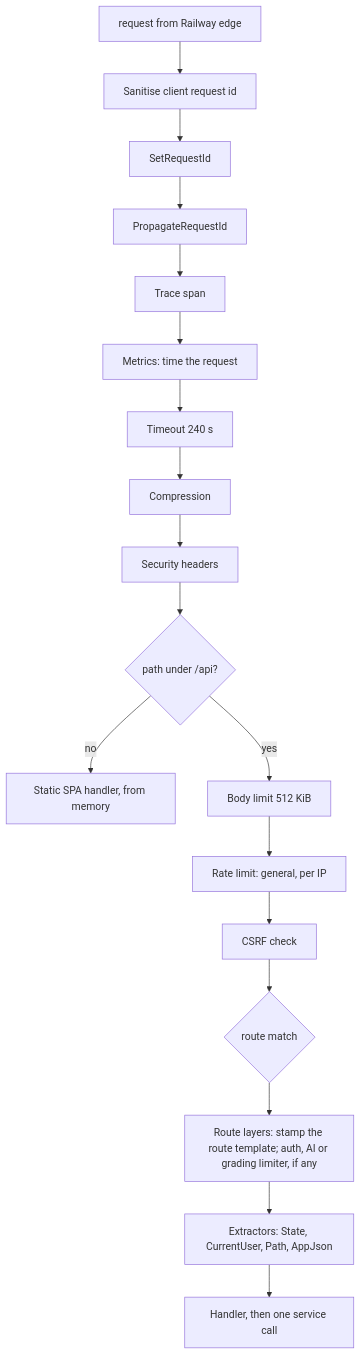
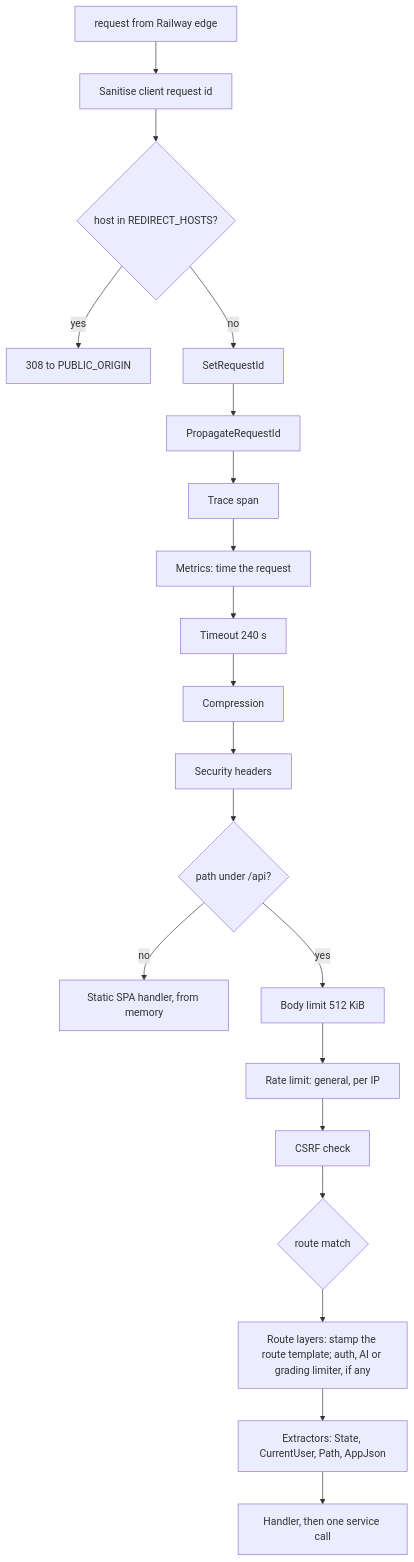
Before and after one commit to thull32/ascend: the first of 2 diagrams in content/tracks/14-case-study-ascend/01-the-system/02-anatomy-of-a-request.md, drawn with Mermaid. The commit also changed other lines of this file and 16 other files, not shown here.

````diff
--- a/content/tracks/14-case-study-ascend/01-the-system/02-anatomy-of-a-request.md
+++ b/content/tracks/14-case-study-ascend/01-the-system/02-anatomy-of-a-request.md
@@ -88,20 +90,22 @@
 ```mermaid
 flowchart TD
   RQ["request from Railway edge"] --> SN["Sanitise client request id"]
-  SN --> SR["SetRequestId"]
+  SN --> CH{"host in REDIRECT_HOSTS?"}
+  CH -->|yes| R308["308 to PUBLIC_ORIGIN"]
+  CH -->|no| SR["SetRequestId"]
   SR --> PR["PropagateRequestId"]
   PR --> TR["Trace span"]
   TR --> MR["Metrics: time the request"]
   MR --> TO["Timeout 240 s"]
   TO --> CO["Compression"]
   CO --> SH["Security headers"]
   SH --> P{"path under /api?"}
   P -->|no| SPA["Static SPA handler, from memory"]
   P -->|yes| BL["Body limit 512 KiB"]
   BL --> RL["Rate limit: general, per IP"]
   RL --> CS["CSRF check"]
   CS --> RT{"route match"}
   RT --> RLR["Route layers: stamp the route template; auth, AI or grading limiter, if any"]
   RLR --> EX["Extractors: State, CurrentUser, Path, AppJson"]
   EX --> H["Handler, then one service call"]
 ```
````
